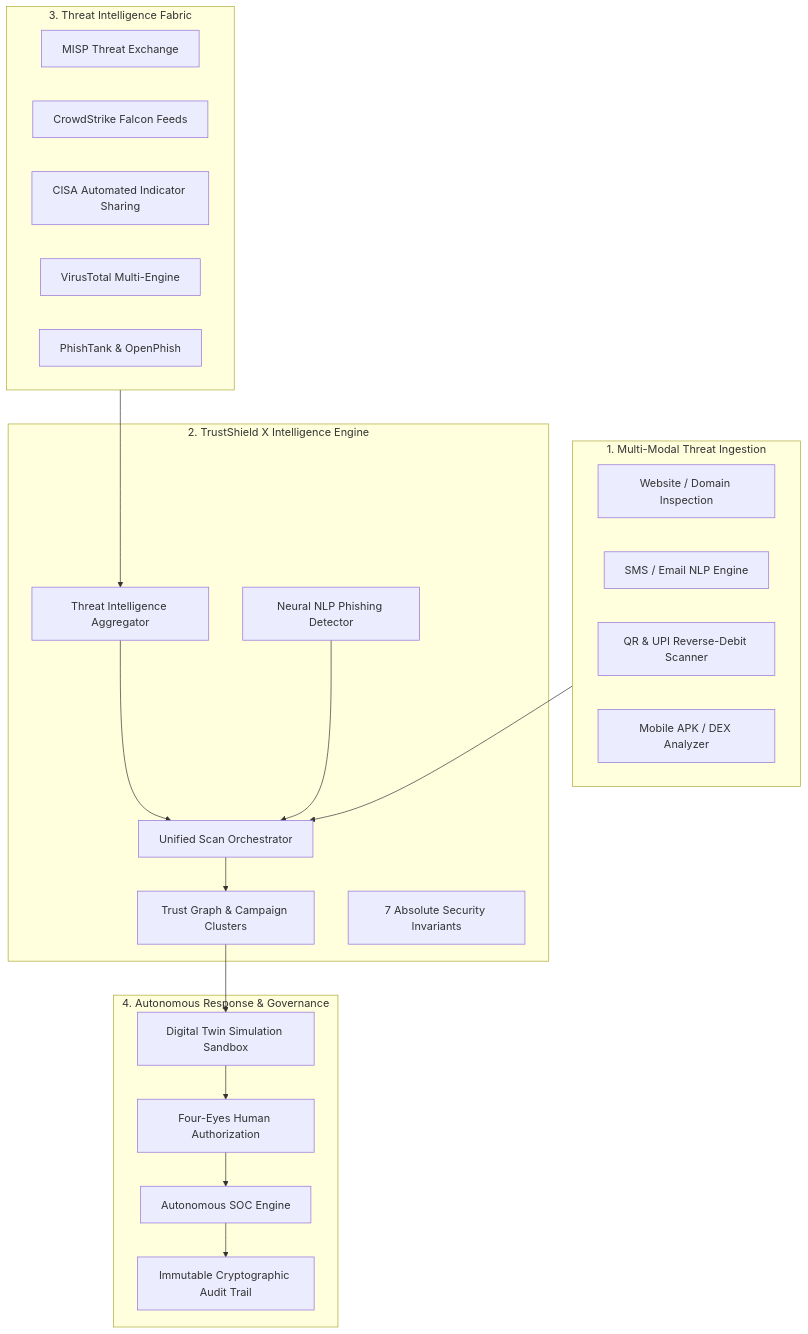
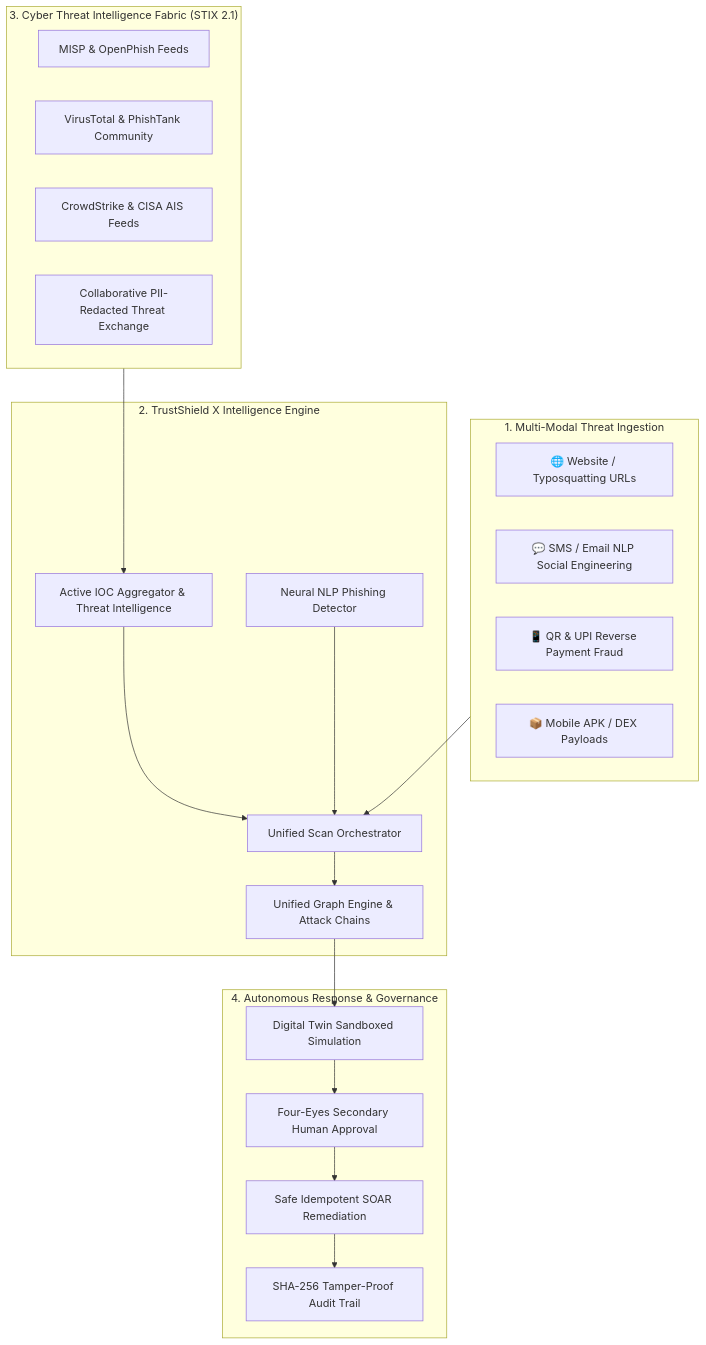
The diagram in README.md (Priya-Ranjan-0201/TrustShield-X), drawn with Mermaid before and after one commit. The commit also changed other lines of this file, not shown here.

Commit message:
docs: enrich README with creator showcase, architectural diagrams and quickstart

````diff
--- a/README.md
+++ b/README.md
@@ -76,42 +130,40 @@
 ```mermaid
 flowchart TB
-    subgraph Ingestion["1. Multi-Modal Threat Ingestion"]
-        URL["Website / Domain Inspection"]
-        TXT["SMS / Email NLP Engine"]
-        UPI["QR & UPI Reverse-Debit Scanner"]
-        APK["Mobile APK / DEX Analyzer"]
+    subgraph INGESTION["1. Multi-Modal Threat Ingestion"]
+        A1["🌐 Website / Typosquatting URLs"]
+        A2["💬 SMS / Email NLP Social Engineering"]
+        A3["📱 QR & UPI Reverse Payment Fraud"]
+        A4["📦 Mobile APK / DEX Payloads"]
     end
 
-    subgraph Core["2. TrustShield X Intelligence Engine"]
-        Orch["Unified Scan Orchestrator"]
-        NLP["Neural NLP Phishing Detector"]
-        TI["Threat Intelligence Aggregator"]
-        Graph["Trust Graph & Campaign Clusters"]
-        Invariants["7 Absolute Security Invariants"]
+    subgraph ENGINE["2. TrustShield X Intelligence Engine"]
+        B1["Unified Scan Orchestrator"]
+        B2["Neural NLP Phishing Detector"]
+        B3["Active IOC Aggregator & Threat Intelligence"]
+        B4["Unified Graph Engine & Attack Chains"]
     end
 
-    subgraph Intelligence["3. Threat Intelligence Fabric"]
-        MISP["MISP Threat Exchange"]
-        CS["CrowdStrike Falcon Feeds"]
-        CISA["CISA Automated Indicator Sharing"]
-        VT["VirusTotal Multi-Engine"]
-        PT["PhishTank & OpenPhish"]
+    subgraph FABRIC["3. Cyber Threat Intelligence Fabric (STIX 2.1)"]
+        C1["MISP & OpenPhish Feeds"]
+        C2["VirusTotal & PhishTank Community"]
+        C3["CrowdStrike & CISA AIS Feeds"]
+        C4["Collaborative PII-Redacted Threat Exchange"]
     end
 
-    subgraph Action["4. Autonomous Response & Governance"]
-        SOC["Autonomous SOC Engine"]
-        Twin["Digital Twin Simulation Sandbox"]
-        FourEyes["Four-Eyes Human Authorization"]
-        Audit["Immutable Cryptographic Audit Trail"]
+    subgraph DEFENSE["4. Autonomous Response & Governance"]
+        D1["Digital Twin Sandboxed Simulation"]
+        D2["Four-Eyes Secondary Human Approval"]
+        D3["Safe Idempotent SOAR Remediation"]
+        D4["SHA-256 Tamper-Proof Audit Trail"]
     end
 
-    Ingestion --> Orch
-    Intelligence --> TI
-    TI --> Orch
-    NLP --> Orch
-    Orch --> Graph
-    Graph --> Twin
-    Twin --> FourEyes
-    FourEyes --> SOC
-    SOC --> Audit
+    INGESTION --> B1
+    FABRIC --> B3
+    B3 --> B1
+    B2 --> B1
+    B1 --> B4
+    B4 --> D1
+    D1 --> D2
+    D2 --> D3
+    D3 --> D4
 ```
````
